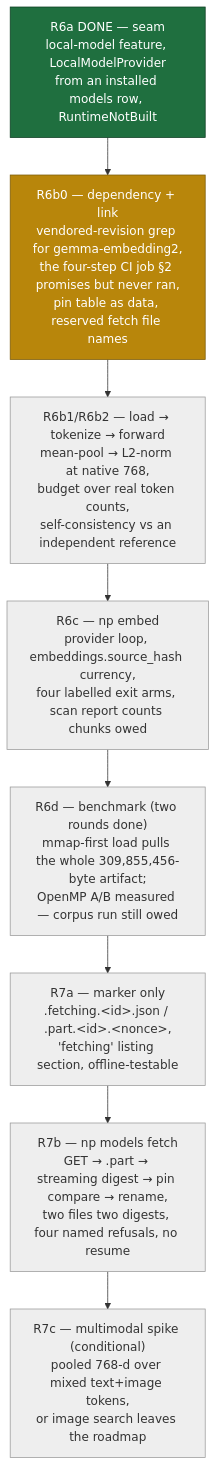
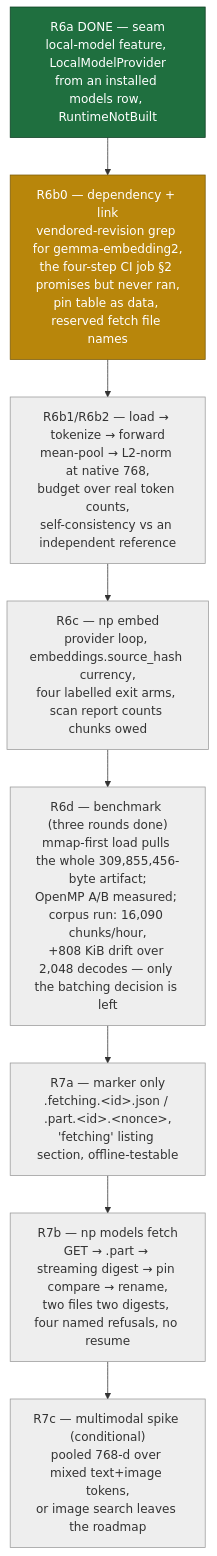
Before and after one commit to Ex-Bot-01/note-processor: the third of 3 diagrams in docs/plan-2026-10-28-state-and-roadmap.md, drawn with Mermaid. The commit also changed 6 other files, not shown here.

````diff
--- a/docs/plan-2026-10-28-state-and-roadmap.md
+++ b/docs/plan-2026-10-28-state-and-roadmap.md
@@ -114,20 +114,20 @@
 ```mermaid
 flowchart TD
     A["R6a DONE — seam<br/>local-model feature, LocalModelProvider<br/>from an installed models row, RuntimeNotBuilt"]
     B["R6b0 — dependency + link<br/>vendored-revision grep for gemma-embedding2,<br/>the four-step CI job §2 promises but never ran,<br/>pin table as data, reserved fetch file names"]
     C["R6b1/R6b2 — load → tokenize → forward<br/>mean-pool → L2-norm at native 768,<br/>budget over real token counts,<br/>self-consistency vs an independent reference"]
     D["R6c — np embed<br/>provider loop, embeddings.source_hash currency,<br/>four labelled exit arms, scan report counts chunks owed"]
-    E["R6d — benchmark (two rounds done)<br/>mmap-first load pulls the whole 309,855,456-byte artifact;<br/>OpenMP A/B measured — corpus run still owed"]
+    E["R6d — benchmark (three rounds done)<br/>mmap-first load pulls the whole 309,855,456-byte artifact;<br/>OpenMP A/B measured; corpus run: 16,090 chunks/hour,<br/>+808 KiB drift over 2,048 decodes — only the batching decision is left"]
     F["R7a — marker only<br/>.fetching.&lt;id&gt;.json / .part.&lt;id&gt;.&lt;nonce&gt;,<br/>'fetching' listing section, offline-testable"]
     G["R7b — np models fetch<br/>GET → .part → streaming digest → pin compare → rename,<br/>two files two digests, four named refusals, no resume"]
     H["R7c — multimodal spike (conditional)<br/>pooled 768-d over mixed text+image tokens,<br/>or image search leaves the roadmap"]
 
     A --> B --> C --> D --> E --> F --> G --> H
 
     classDef done fill:#1f6f3f,color:#fff,stroke:#0d3d22
     classDef next fill:#b8860b,color:#fff,stroke:#7a5a08
     classDef todo fill:#eee,stroke:#999,color:#333
     class A done
     class B next
     class C,D,E,F,G,H todo
 ```
````
